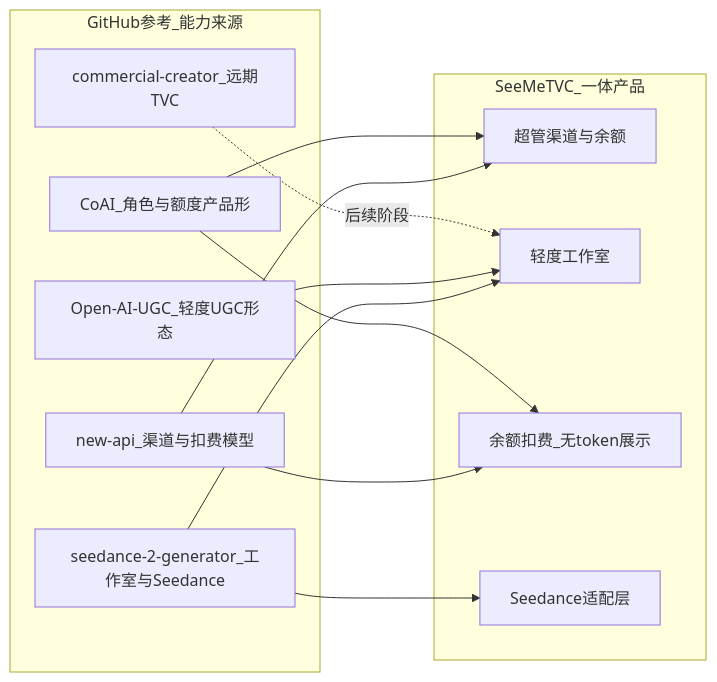
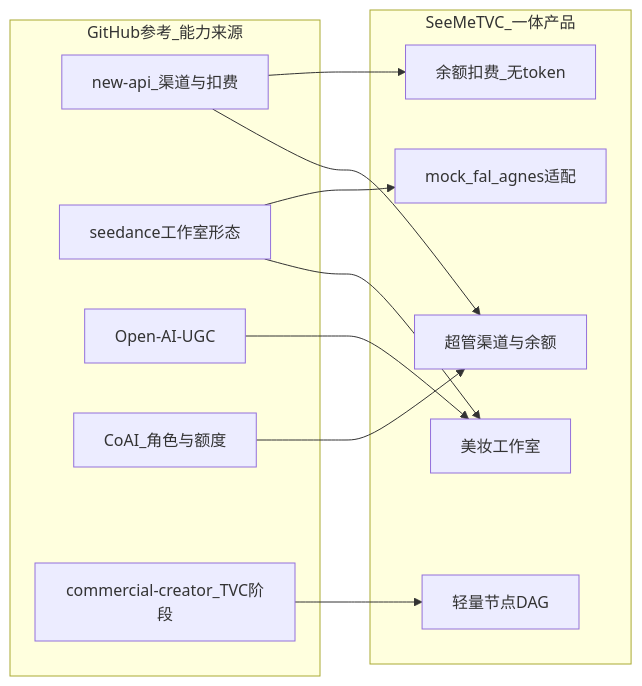
One commit to Frocir/SeeMeTVC changed the first of 4 diagrams in 细化方案.md. Above: the diagram before and after it, drawn with Mermaid. The commit also changed other lines of this file and 43 other files, not shown here.

````diff
--- a/细化方案.md
+++ b/细化方案.md
@@ -44,26 +48,26 @@
 ```mermaid
 flowchart LR
   subgraph refs [GitHub参考_能力来源]
-    newapi[new-api_渠道与扣费模型]
-    seedanceGen[seedance-2-generator_工作室与Seedance]
-    ugc[Open-AI-UGC_轻度UGC形态]
-    coai[CoAI_角色与额度产品形]
-    commercial[commercial-creator_远期TVC]
+    newapi[new-api_渠道与扣费]
+    seedanceGen[seedance工作室形态]
+    ugc[Open-AI-UGC]
+    coai[CoAI_角色与额度]
+    commercial[commercial-creator_TVC阶段]
   end
 
   subgraph product [SeeMeTVC_一体产品]
     admin[超管渠道与余额]
-    studio[轻度工作室]
-    billing[余额扣费_无token展示]
-    provider[Seedance适配层]
+    studio[美妆工作室]
+    workflow[轻量节点DAG]
+    billing[余额扣费_无token]
+    provider[mock_fal_agnes适配]
   end
 
   newapi --> admin
   newapi --> billing
   seedanceGen --> studio
   seedanceGen --> provider
   ugc --> studio
   coai --> admin
-  coai --> billing
-  commercial -.->|后续阶段| studio
+  commercial --> workflow
 ```
````
